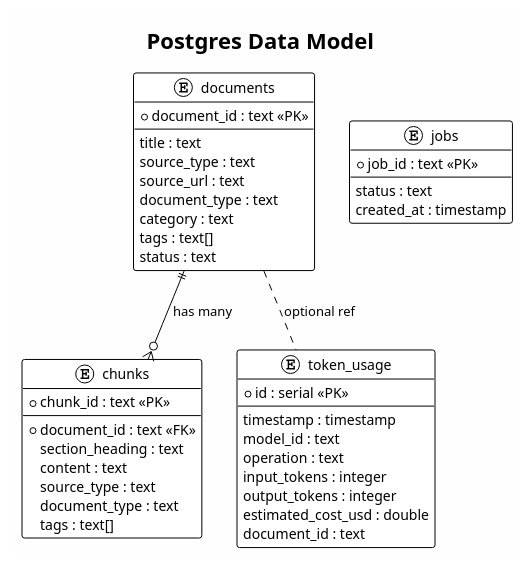
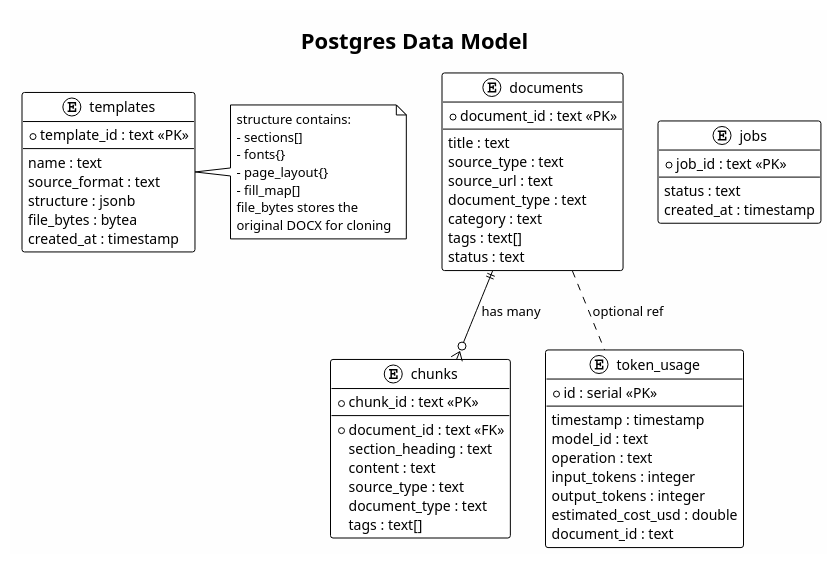
Before and after one commit to vampireLibrarianMonk/document_search: the diagram in docs/diagrams/data_model.puml, drawn with PlantUML. The commit also changed 16 other files, not shown here.

```diff
--- a/docs/diagrams/data_model.puml
+++ b/docs/diagrams/data_model.puml
@@ -1,51 +1,71 @@
 @startuml data_model
 !theme plain
 skinparam backgroundColor #FEFEFE
 
 title Postgres Data Model
 
 entity "documents" as doc {
   * document_id : text <<PK>>
   --
   title : text
   source_type : text
   source_url : text
   document_type : text
   category : text
   tags : text[]
   status : text
 }
 
 entity "chunks" as chunk {
   * chunk_id : text <<PK>>
   --
   * document_id : text <<FK>>
   section_heading : text
   content : text
   source_type : text
   document_type : text
   tags : text[]
 }
 
 entity "jobs" as job {
   * job_id : text <<PK>>
   --
   status : text
   created_at : timestamp
 }
 
 entity "token_usage" as usage {
   * id : serial <<PK>>
   --
   timestamp : timestamp
   model_id : text
   operation : text
   input_tokens : integer
   output_tokens : integer
   estimated_cost_usd : double
   document_id : text
 }
 
+entity "templates" as tmpl {
+  * template_id : text <<PK>>
+  --
+  name : text
+  source_format : text
+  structure : jsonb
+  file_bytes : bytea
+  created_at : timestamp
+}
+
 doc ||--o{ chunk : "has many"
 doc .. usage : "optional ref"
+
+note right of tmpl
+  structure contains:
+  - sections[]
+  - fonts{}
+  - page_layout{}
+  - fill_map[]
+  file_bytes stores the
+  original DOCX for cloning
+end note
 @enduml
```
